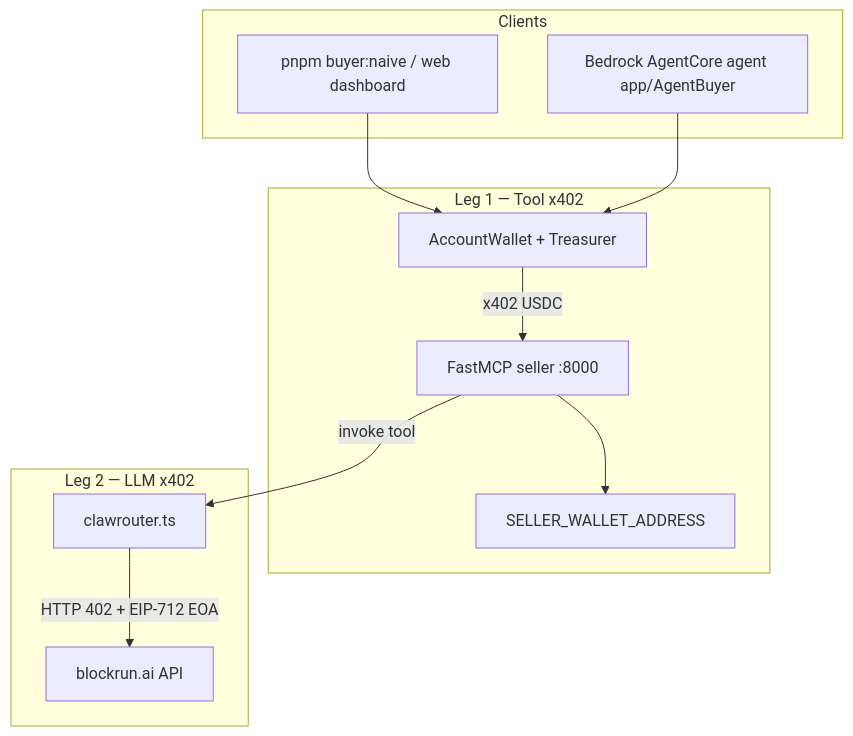
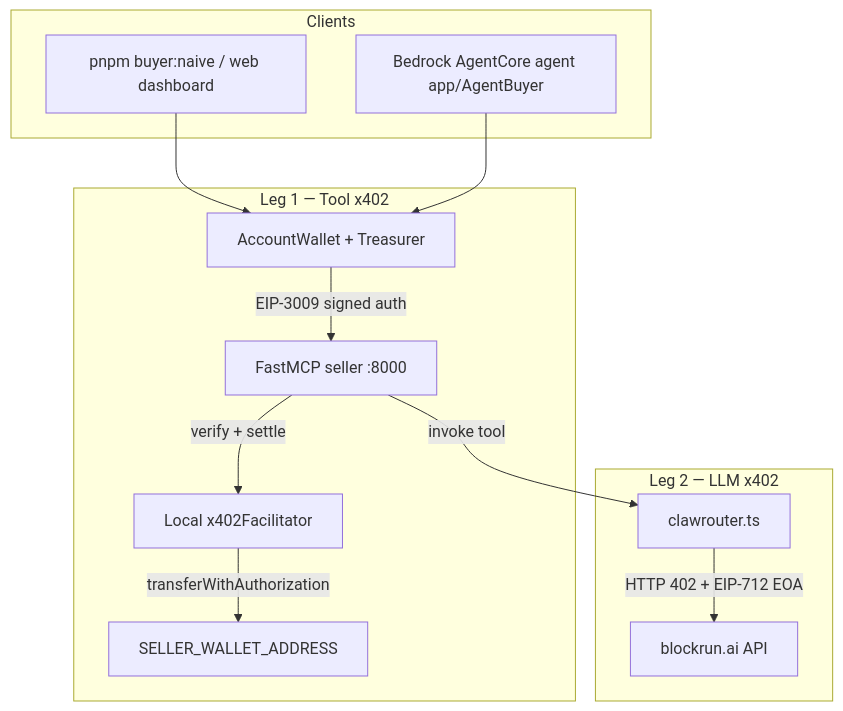
Before and after one commit to kmjones1979/aws-agentcore-ampersend: the diagram in README.md, drawn with Mermaid. The commit also changed other lines of this file, not shown here.

First line of the commit message:
README: document local x402 facilitator, settlement flow, and new scripts

````diff
--- a/README.md
+++ b/README.md
@@ -27,25 +27,27 @@
 ```mermaid
 flowchart TB
   subgraph clients [Clients]
     NB[pnpm buyer:naive / web dashboard]
     AC[Bedrock AgentCore agent app/AgentBuyer]
   end
 
   subgraph leg1 [Leg 1 — Tool x402]
     W[AccountWallet + Treasurer]
     MCP[FastMCP seller :8000]
+    FAC[Local x402Facilitator]
     PAYEE[SELLER_WALLET_ADDRESS]
   end
 
   subgraph leg2 [Leg 2 — LLM x402]
     CR[clawrouter.ts]
     BR[blockrun.ai API]
   end
 
   NB --> W
   AC --> W
-  W -->|x402 USDC| MCP
-  MCP --> PAYEE
+  W -->|EIP-3009 signed auth| MCP
+  MCP -->|verify + settle| FAC
+  FAC -->|transferWithAuthorization| PAYEE
   MCP -->|invoke tool| CR
   CR -->|HTTP 402 + EIP-712 EOA| BR
 ```
````
